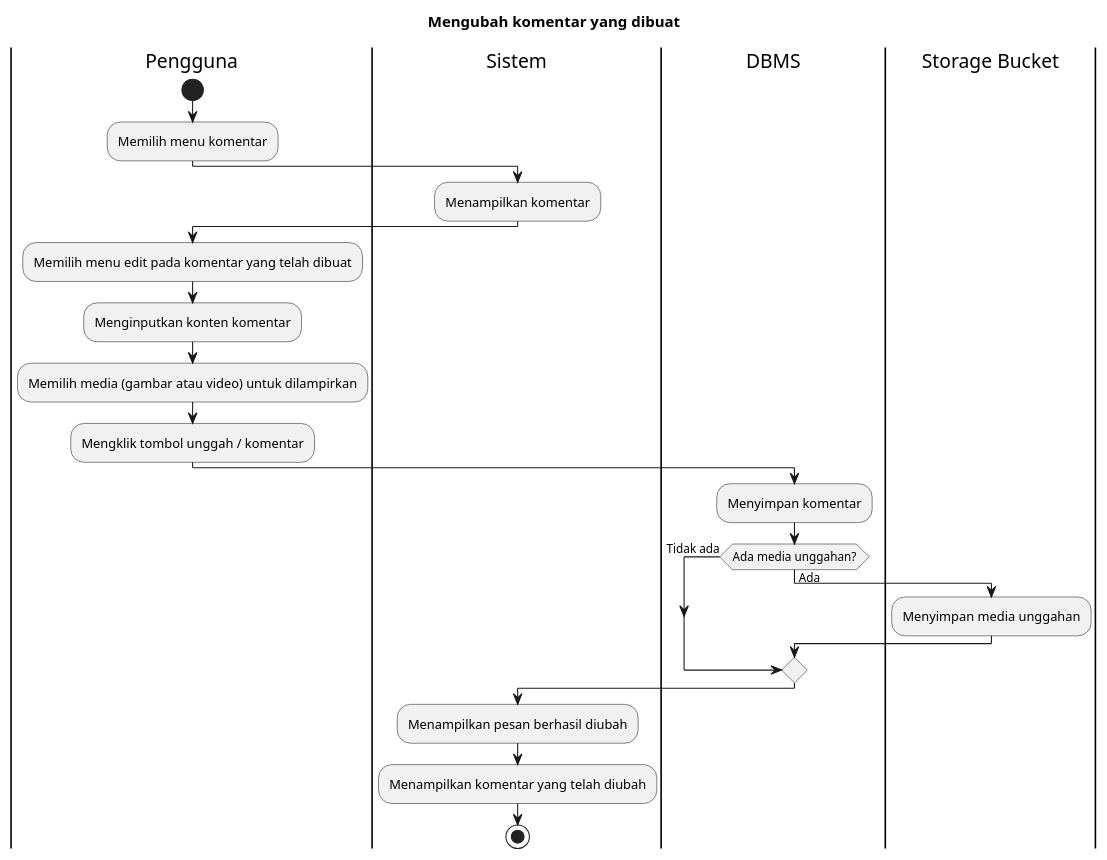
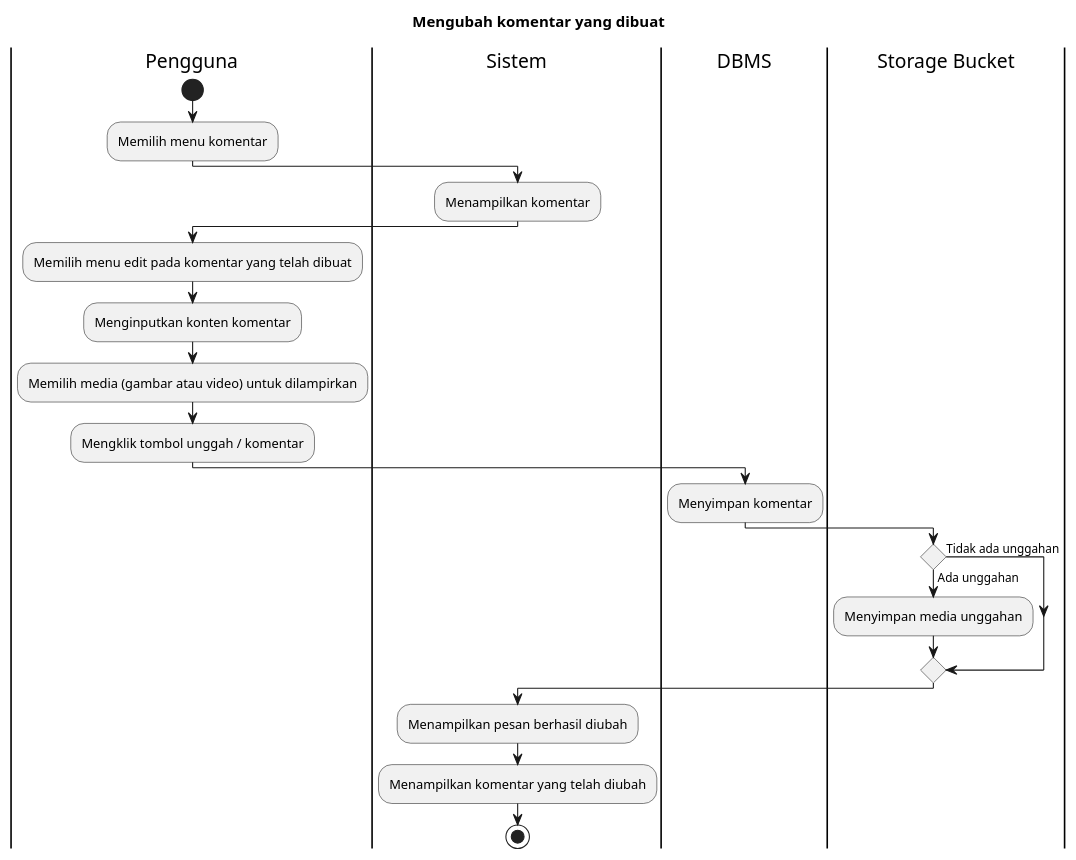
The diagram in Activity Diagrams/UC-MAP - Peta Bencana/UC-MAP-013 - Mengubah komentar yang telah dibuat.puml (bagusNA/appl-diagrams), drawn with PlantUML before and after one commit. The commit also changed 35 other files, not shown here.

```diff
--- a/Activity Diagrams/UC-MAP - Peta Bencana/UC-MAP-013 - Mengubah komentar yang telah dibuat.puml
+++ b/Activity Diagrams/UC-MAP - Peta Bencana/UC-MAP-013 - Mengubah komentar yang telah dibuat.puml
@@ -1,33 +1,33 @@
 @startuml UC-MAP-013 - Mengubah komentar yang dibuat 
 
 title Mengubah komentar yang dibuat
  
 |Pengguna|
 start
 :Memilih menu komentar;
 
 |Sistem|
 :Menampilkan komentar;
 
 |Pengguna|
 :Memilih menu edit pada komentar yang telah dibuat;
 :Menginputkan konten komentar;
 :Memilih media (gambar atau video) untuk dilampirkan;
 :Mengklik tombol unggah / komentar;
 
 |DBMS|
 :Menyimpan komentar;
 
-if (Ada media unggahan?) then (Tidak ada)
-else (Ada)
 |Storage Bucket|
+if () then (Tidak ada unggahan)
+else (Ada unggahan)
 :Menyimpan media unggahan;
 endif
 
 |Sistem|
 :Menampilkan pesan berhasil diubah;
 :Menampilkan komentar yang telah diubah;
 
 stop
 
 @enduml
```
